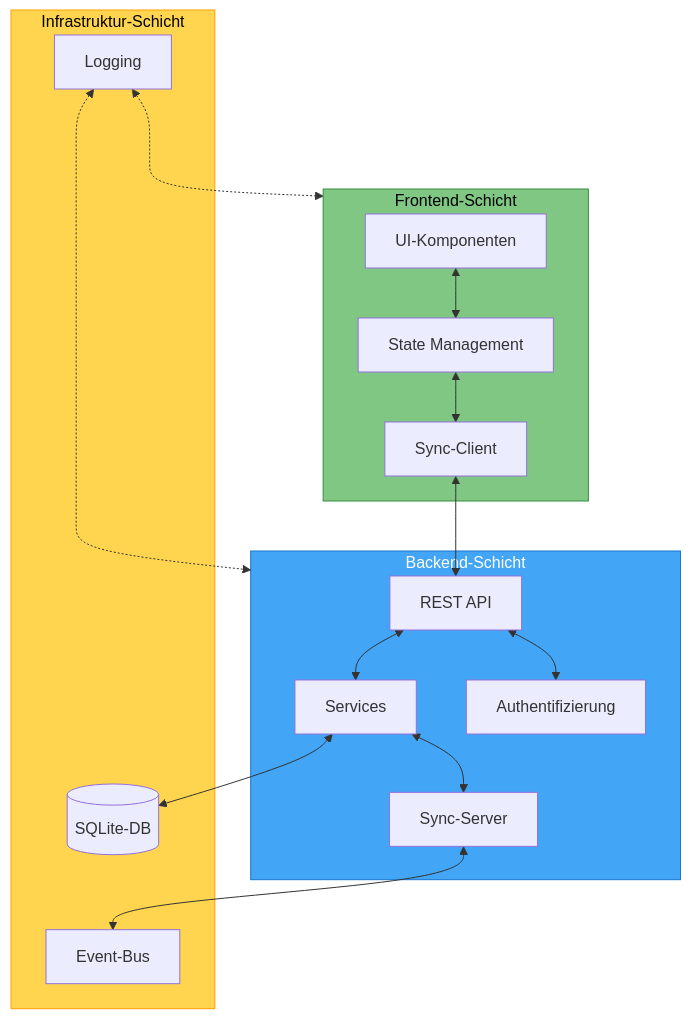
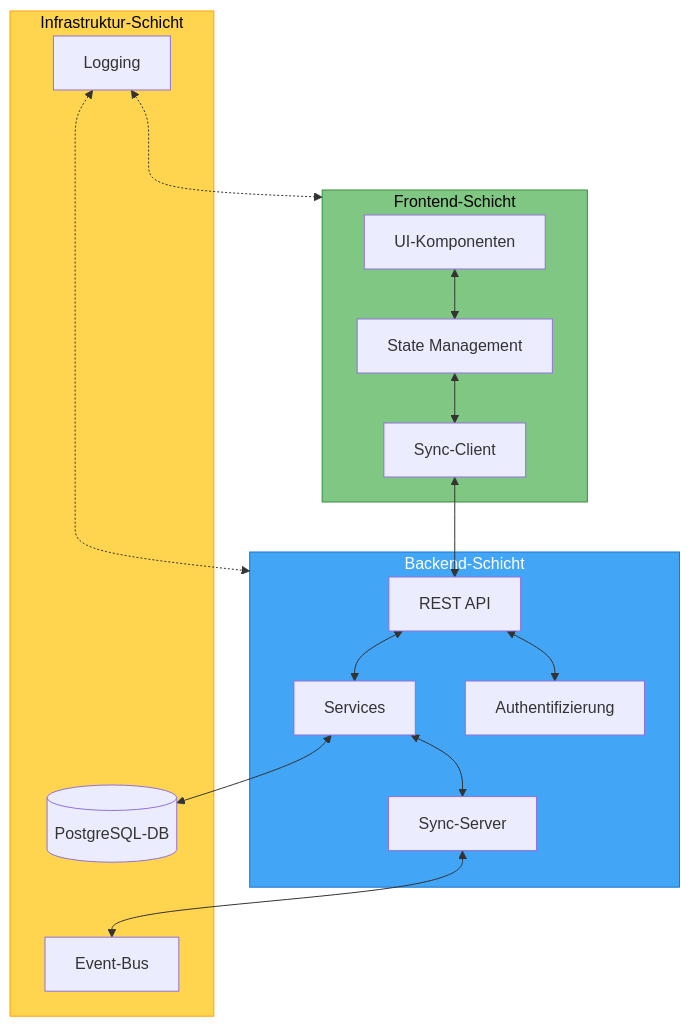
One commit to bluelight-hub/app changed the second of 7 diagrams in docs/architecture/99-architecture-canvas.adoc. Above: the diagram before and after it, drawn with Mermaid. The commit also changed other lines of this file and 49 other files, not shown here.

```diff
--- a/docs/architecture/99-architecture-canvas.adoc
+++ b/docs/architecture/99-architecture-canvas.adoc
@@ -45,37 +45,37 @@
 [mermaid]
 ....
 flowchart TB
     style Frontend fill:#81C784,stroke:#388E3C,color:black
     style Backend fill:#42A5F5,stroke:#1976D2,color:white
     style Infrastructure fill:#FFD54F,stroke:#FFA000,color:black
 
     subgraph Frontend[Frontend-Schicht]
         UI[UI-Komponenten]
         State[State Management]
         SyncClient[Sync-Client]
     end
 
     subgraph Backend[Backend-Schicht]
         API[REST API]
         Services[Services]
         SyncServer[Sync-Server]
         AuthService[Authentifizierung]
     end
 
     subgraph Infrastructure[Infrastruktur-Schicht]
-        DB[(SQLite-DB)]
+        DB[(PostgreSQL-DB)]
         Logger[Logging]
         Messaging[Event-Bus]
     end
 
     UI <--> State
     State <--> SyncClient
     SyncClient <--> API
     API <--> Services
     API <--> AuthService
     Services <--> SyncServer
     SyncServer <--> Messaging
     Services <--> DB
     Logger <-..-> Frontend
     Logger <-..-> Backend
 ....
```
